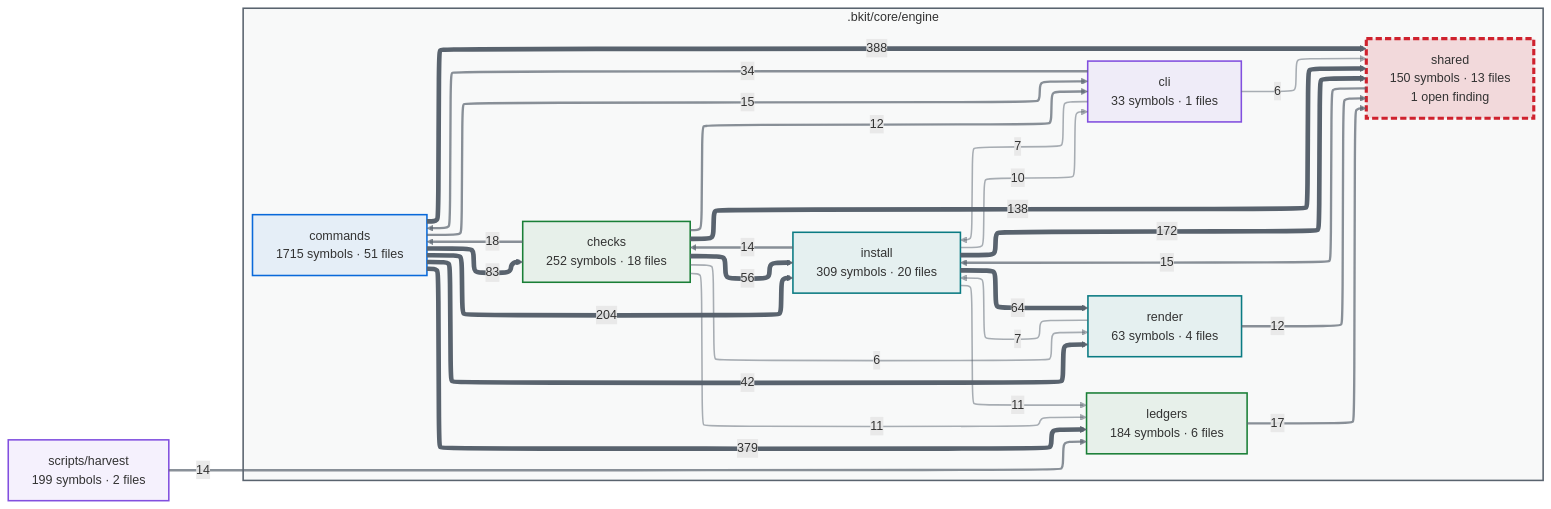
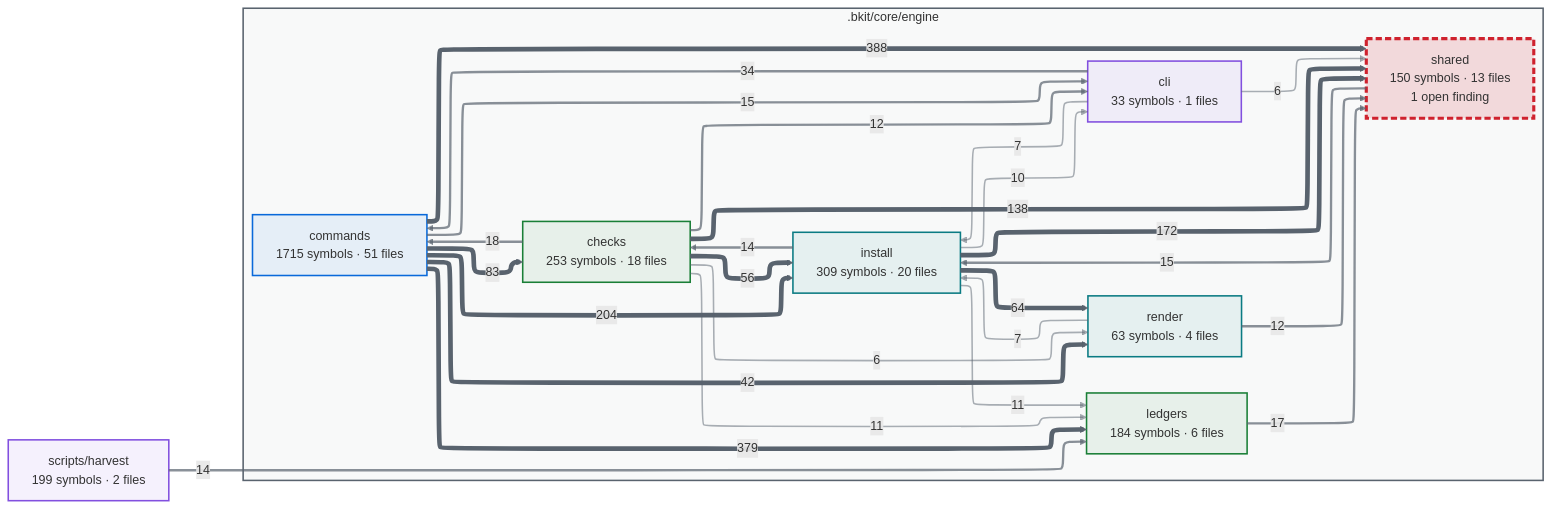
The first of 2 diagrams in docs/capabilities.md (cbartens/bkit), drawn with Mermaid before and after one commit. The commit also changed other lines of this file and 14 other files, not shown here.

````diff
--- a/docs/capabilities.md
+++ b/docs/capabilities.md
@@ -154,80 +154,80 @@
 ```mermaid
 ---
 config:
   layout: elk
   themeCSS: "marker { overflow: visible; } marker path { transform: scale(1.8); transform-origin: 5px 5px; }"
   flowchart:
     useMaxWidth: false
 ---
 flowchart LR
   %% Generated by bkit-graphify-rollup.py — do not edit
   subgraph gn_bkit_core_engine[".bkit/core/engine"]
-    n_bkit_core_engine_checks["checks<br/>252 symbols · 18 files"]
+    n_bkit_core_engine_checks["checks<br/>253 symbols · 18 files"]
     n_bkit_core_engine_cli["cli<br/>33 symbols · 1 files"]
     n_bkit_core_engine_commands["commands<br/>1715 symbols · 51 files"]
     n_bkit_core_engine_install["install<br/>309 symbols · 20 files"]
     n_bkit_core_engine_ledgers["ledgers<br/>184 symbols · 6 files"]
     n_bkit_core_engine_render["render<br/>63 symbols · 4 files"]
     n_bkit_core_engine_shared["shared<br/>150 symbols · 13 files<br/>1 open finding"]
   end
   nscripts_harvest["scripts/harvest<br/>199 symbols · 2 files"]
   n_bkit_core_engine_commands -->|388| n_bkit_core_engine_shared
   n_bkit_core_engine_commands -->|379| n_bkit_core_engine_ledgers
   n_bkit_core_engine_commands -->|204| n_bkit_core_engine_install
   n_bkit_core_engine_install -->|172| n_bkit_core_engine_shared
   n_bkit_core_engine_checks -->|138| n_bkit_core_engine_shared
   n_bkit_core_engine_commands -->|83| n_bkit_core_engine_checks
   n_bkit_core_engine_install -->|64| n_bkit_core_engine_render
   n_bkit_core_engine_checks -->|56| n_bkit_core_engine_install
   n_bkit_core_engine_commands -->|42| n_bkit_core_engine_render
   n_bkit_core_engine_cli -->|34| n_bkit_core_engine_commands
   n_bkit_core_engine_checks -->|18| n_bkit_core_engine_commands
   n_bkit_core_engine_ledgers -->|17| n_bkit_core_engine_shared
   n_bkit_core_engine_shared -->|15| n_bkit_core_engine_install
   n_bkit_core_engine_commands -->|15| n_bkit_core_engine_cli
   n_bkit_core_engine_install -->|14| n_bkit_core_engine_checks
   nscripts_harvest -->|14| n_bkit_core_engine_ledgers
   n_bkit_core_engine_checks -->|12| n_bkit_core_engine_cli
   n_bkit_core_engine_render -->|12| n_bkit_core_engine_shared
   n_bkit_core_engine_checks -->|11| n_bkit_core_engine_ledgers
   n_bkit_core_engine_install -->|11| n_bkit_core_engine_ledgers
   n_bkit_core_engine_install -->|10| n_bkit_core_engine_cli
   n_bkit_core_engine_cli -->|7| n_bkit_core_engine_install
   n_bkit_core_engine_render -->|7| n_bkit_core_engine_install
   n_bkit_core_engine_checks -->|6| n_bkit_core_engine_render
   n_bkit_core_engine_cli -->|6| n_bkit_core_engine_shared
   style gn_bkit_core_engine fill:#59636e0a,stroke:#59636e,stroke-width:2px
   style n_bkit_core_engine_checks stroke:#1a7f37,stroke-width:2px,fill:#1a7f3714
   style n_bkit_core_engine_cli stroke:#8250df,stroke-width:2px,fill:#8250df14
   style n_bkit_core_engine_commands stroke:#0969da,stroke-width:2px,fill:#0969da14
   style n_bkit_core_engine_install stroke:#0a7b83,stroke-width:2px,fill:#0a7b8314
   style n_bkit_core_engine_ledgers stroke:#1a7f37,stroke-width:2px,fill:#1a7f3714
   style n_bkit_core_engine_render stroke:#0a7b83,stroke-width:2px,fill:#0a7b8314
   style n_bkit_core_engine_shared stroke:#cf222e,stroke-width:4px,stroke-dasharray:8 4,fill:#cf222e26
   style nscripts_harvest stroke:#8250df,stroke-width:2px,fill:#8250df14
   linkStyle 0 stroke:#59636e,stroke-width:6px
   linkStyle 1 stroke:#59636e,stroke-width:6px
   linkStyle 2 stroke:#59636e,stroke-width:6px
   linkStyle 3 stroke:#59636e,stroke-width:6px
   linkStyle 4 stroke:#59636e,stroke-width:6px
   linkStyle 5 stroke:#59636e,stroke-width:6px
   linkStyle 6 stroke:#59636e,stroke-width:6px
   linkStyle 7 stroke:#59636e,stroke-width:6px
   linkStyle 8 stroke:#59636e,stroke-width:6px
   linkStyle 9 stroke:#59636eb3,stroke-width:3px
   linkStyle 10 stroke:#59636eb3,stroke-width:3px
   linkStyle 11 stroke:#59636eb3,stroke-width:3px
   linkStyle 12 stroke:#59636eb3,stroke-width:3px
   linkStyle 13 stroke:#59636eb3,stroke-width:3px
   linkStyle 14 stroke:#59636eb3,stroke-width:3px
   linkStyle 15 stroke:#59636eb3,stroke-width:3px
   linkStyle 16 stroke:#59636eb3,stroke-width:3px
   linkStyle 17 stroke:#59636eb3,stroke-width:3px
   linkStyle 18 stroke:#59636e80,stroke-width:2px
   linkStyle 19 stroke:#59636e80,stroke-width:2px
   linkStyle 20 stroke:#59636e80,stroke-width:2px
   linkStyle 21 stroke:#59636e80,stroke-width:2px
   linkStyle 22 stroke:#59636e80,stroke-width:2px
   linkStyle 23 stroke:#59636e80,stroke-width:2px
   linkStyle 24 stroke:#59636e80,stroke-width:2px
 ```
````
